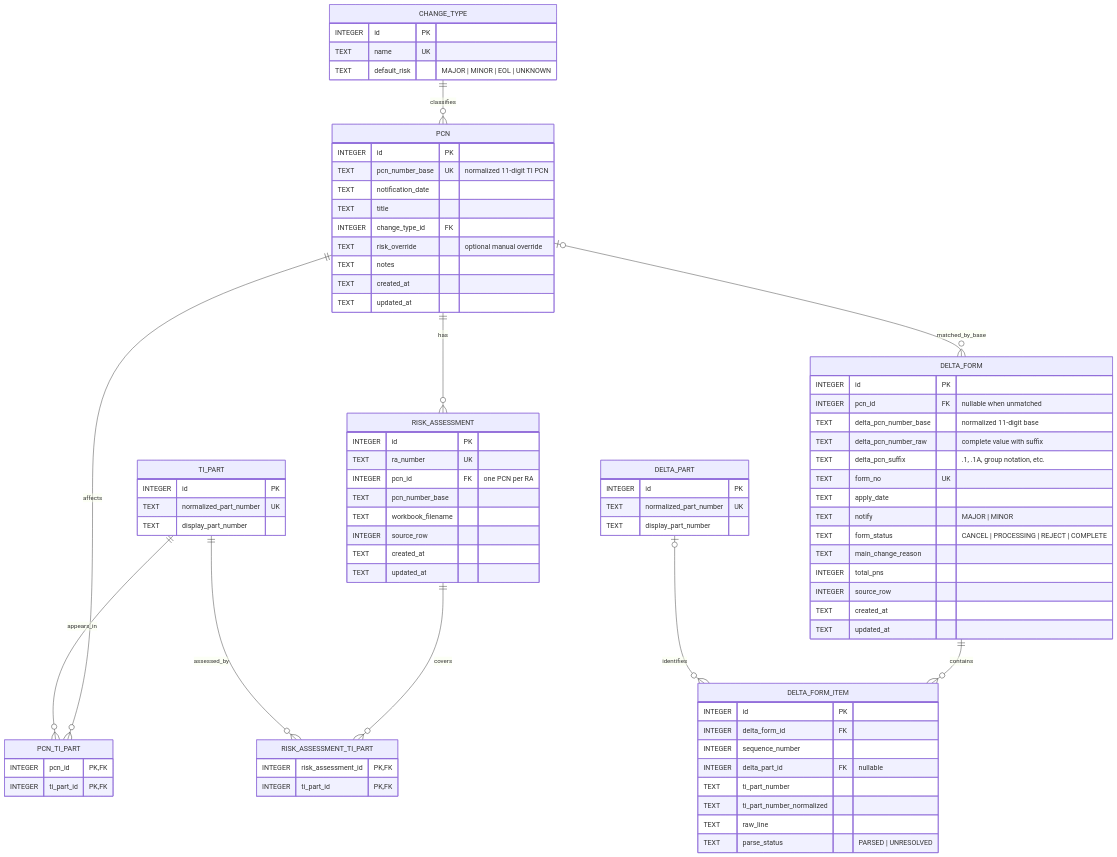
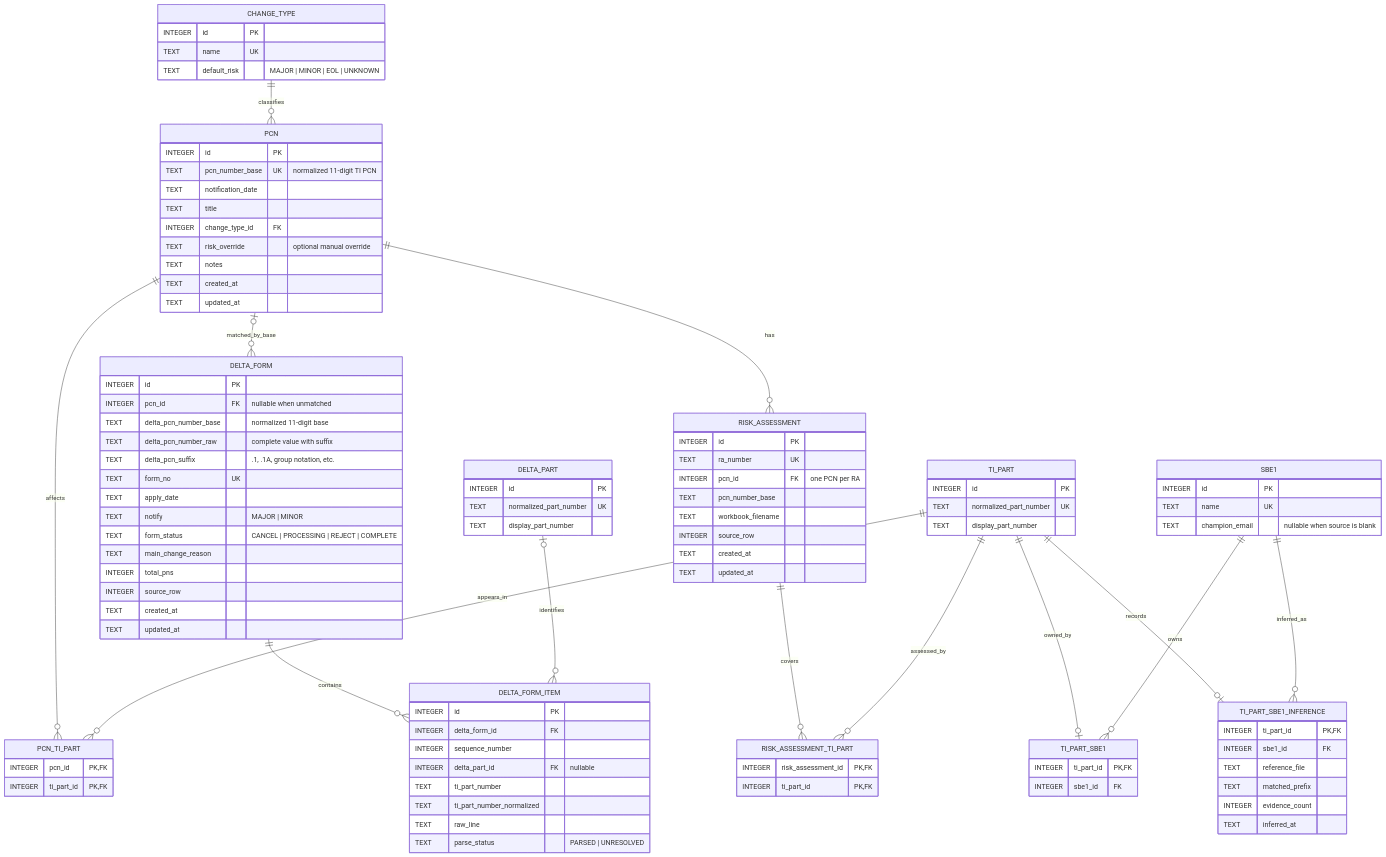
Before and after one commit to EricLin0123/PCN: the first of 2 diagrams in docs/data-schema.md, drawn with Mermaid. The commit also changed other lines of this file and 18 other files, not shown here.

```diff
--- a/docs/data-schema.md
+++ b/docs/data-schema.md
@@ -10,6 +10,10 @@
     CHANGE_TYPE ||--o{ PCN : classifies
     PCN ||--o{ PCN_TI_PART : affects
     TI_PART ||--o{ PCN_TI_PART : appears_in
+    TI_PART ||--o| TI_PART_SBE1 : owned_by
+    SBE1 ||--o{ TI_PART_SBE1 : owns
+    TI_PART ||--o| TI_PART_SBE1_INFERENCE : records
+    SBE1 ||--o{ TI_PART_SBE1_INFERENCE : inferred_as
 
     PCN o|--o{ DELTA_FORM : matched_by_base
     DELTA_FORM ||--o{ DELTA_FORM_ITEM : contains
@@ -41,6 +45,26 @@
         INTEGER id PK
         TEXT normalized_part_number UK
         TEXT display_part_number
+    }
+
+    SBE1 {
+        INTEGER id PK
+        TEXT name UK
+        TEXT champion_email "nullable when source is blank"
+    }
+
+    TI_PART_SBE1 {
+        INTEGER ti_part_id PK,FK
+        INTEGER sbe1_id FK
+    }
+
+    TI_PART_SBE1_INFERENCE {
+        INTEGER ti_part_id PK,FK
+        INTEGER sbe1_id FK
+        TEXT reference_file
+        TEXT matched_prefix
+        INTEGER evidence_count
+        TEXT inferred_at
     }
 
     PCN_TI_PART {
```
